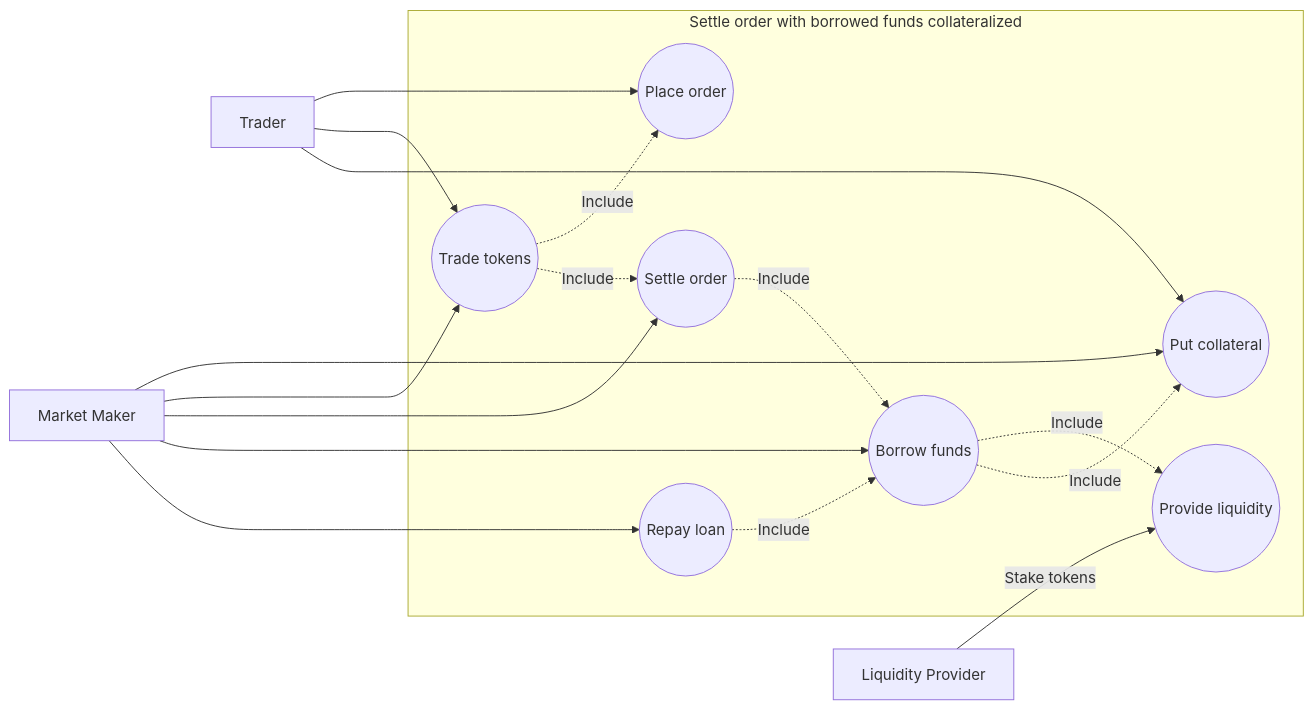
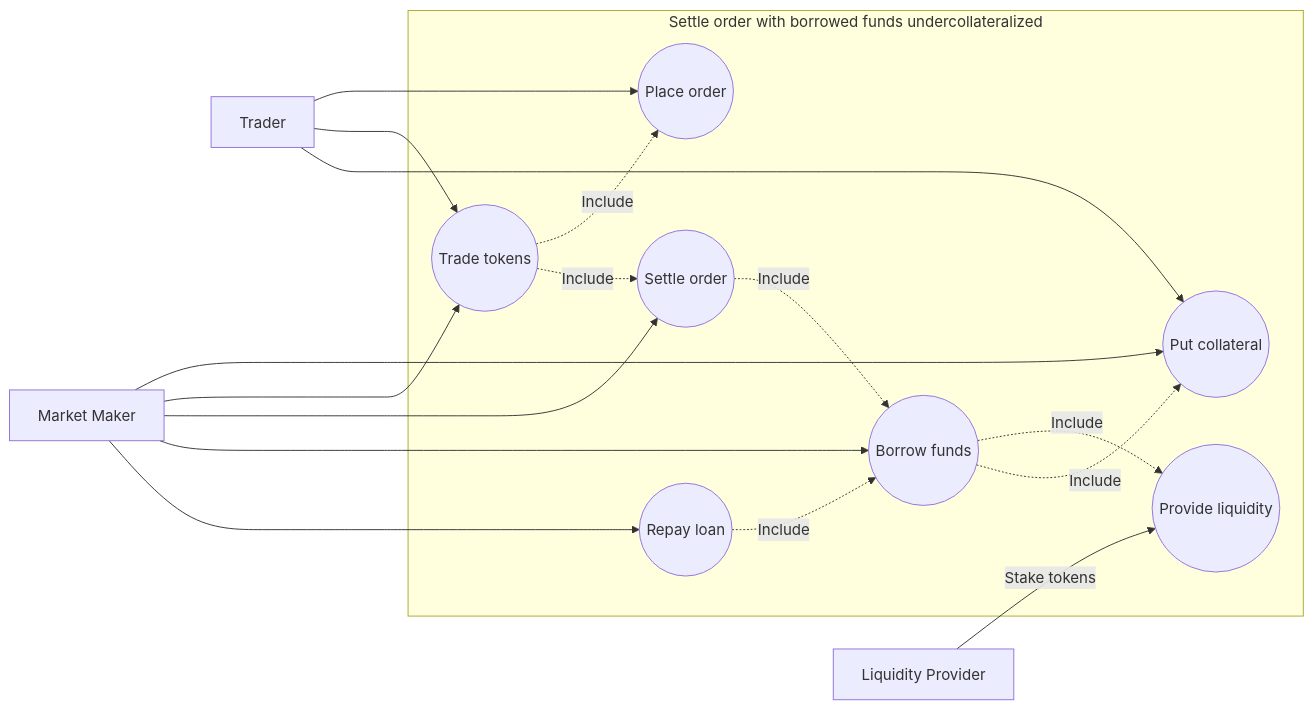
Before and after one commit to MooMaker/docs: the diagram in use-cases/03-mm-settles-order-with-borrowed-capital-undercollateralized.md, drawn with Mermaid.

Commit message:
doc: correction

````diff
--- a/use-cases/03-mm-settles-order-with-borrowed-capital-undercollateralized.md
+++ b/use-cases/03-mm-settles-order-with-borrowed-capital-undercollateralized.md
@@ -64,32 +64,32 @@
 ```mermaid
 flowchart LR
-  subgraph Settle order with borrowed funds collateralized
+  subgraph Settle order with borrowed funds undercollateralized
     uc0((Place order))
     uc1((Trade tokens))
     uc2((Borrow funds))
     uc3((Settle order))
     uc4((Repay loan))
     uc5((Provide liquidity))
     uc6((Put collateral))
   end
 
   trader[Trader]
   mm[Market Maker]
   lp[Liquidity Provider]
 
   lp -- Stake tokens--> uc5
   mm ----> uc6
   trader ----> uc0
   trader ---> uc1
   trader ---> uc6
   mm ----> uc1
   mm ----> uc3
   mm ----> uc2
   mm ----> uc4
   uc1 -. Include .-> uc0
   uc1 -. Include .-> uc3
   uc2 -. Include .-> uc5
   uc2 -. Include .-> uc6
   uc3 -. Include .-> uc2
   uc4 -. Include .-> uc2
 ```
````
